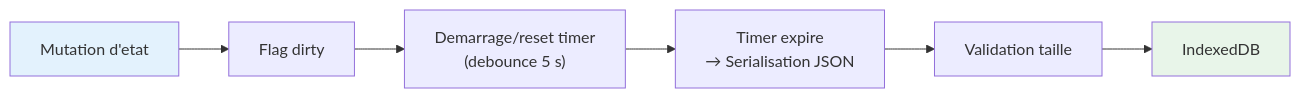
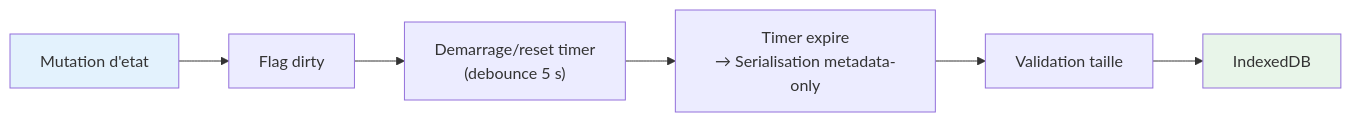
Before and after one commit to AtelierCartographie/khartis-v3: the diagram in docs/GESTION_ETAT.md, drawn with Mermaid. The commit also changed other lines of this file and 37 other files, not shown here.

````diff
--- a/docs/GESTION_ETAT.md
+++ b/docs/GESTION_ETAT.md
@@ -192,11 +210,11 @@
 ```mermaid
 flowchart LR
     MUT["Mutation d'etat"] --> FLAG["Flag dirty"]
     --> TIMER["Demarrage/reset timer<br/>(debounce 5 s)"]
-    --> JSON["Timer expire<br/>→ Serialisation JSON"]
+    --> JSON["Timer expire<br/>→ Serialisation metadata-only"]
     --> VAL["Validation taille"]
     --> IDB["IndexedDB"]
 
     style MUT fill:#e3f2fd
     style IDB fill:#e8f5e9
 ```
````
